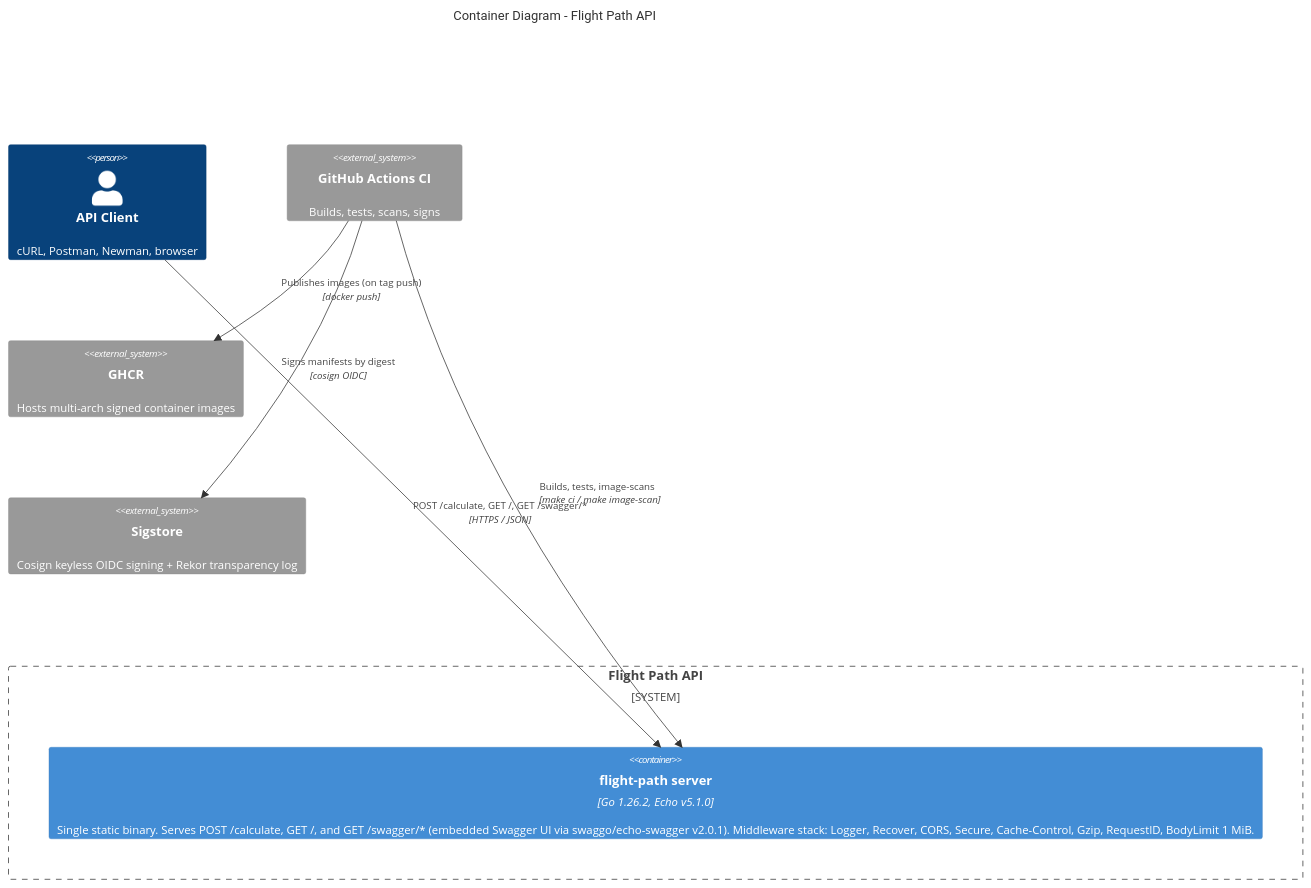
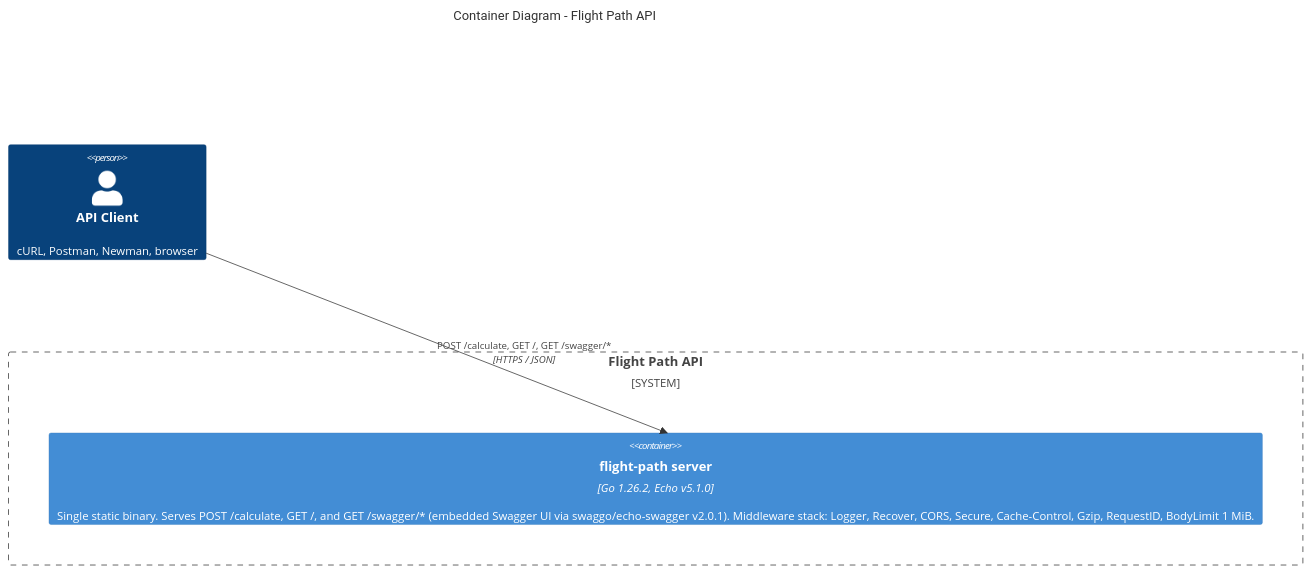
Before and after one commit to AndriyKalashnykov/flight-path: the first of 3 diagrams in docs/ARCHITECTURE.md, drawn with Mermaid. The commit also changed other lines of this file and 9 other files, not shown here.

First line of the commit message:
chore: project-review hygiene pass — Renovate, CI naming, integration tests, container-structure-test gate (#229)

````diff
--- a/docs/ARCHITECTURE.md
+++ b/docs/ARCHITECTURE.md
@@ -36,21 +13,12 @@
 ```mermaid
 C4Container
     title Container Diagram - Flight Path API
 
     Person(client, "API Client", "cURL, Postman, Newman, browser")
 
     System_Boundary(api, "Flight Path API") {
         Container(server, "flight-path server", "Go 1.26.2, Echo v5.1.0", "Single static binary. Serves POST /calculate, GET /, and GET /swagger/* (embedded Swagger UI via swaggo/echo-swagger v2.0.1). Middleware stack: Logger, Recover, CORS, Secure, Cache-Control, Gzip, RequestID, BodyLimit 1 MiB.")
     }
 
-    System_Ext(ci, "GitHub Actions CI", "Builds, tests, scans, signs")
-    System_Ext(ghcr, "GHCR", "Hosts multi-arch signed container images")
-    System_Ext(sigstore, "Sigstore", "Cosign keyless OIDC signing + Rekor transparency log")
-
     Rel(client, server, "POST /calculate, GET /, GET /swagger/*", "HTTPS / JSON")
-    Rel(ci, server, "Builds, tests, image-scans", "make ci / make image-scan")
-    Rel(ci, ghcr, "Publishes images (on tag push)", "docker push")
-    Rel(ci, sigstore, "Signs manifests by digest", "cosign OIDC")
-
-    UpdateLayoutConfig($c4ShapeInRow="3")
 ```
````
